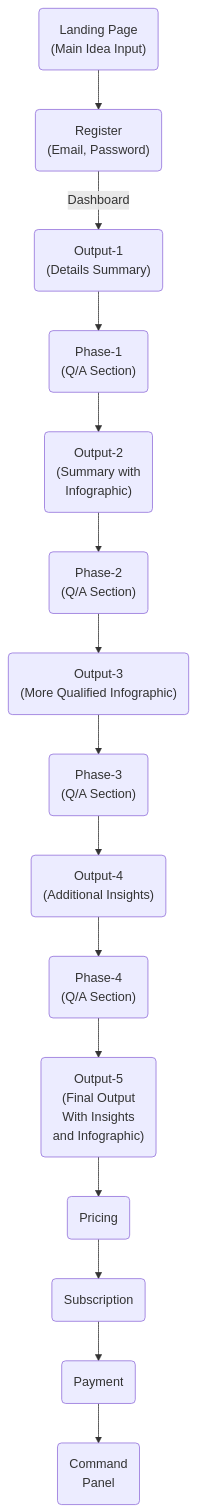
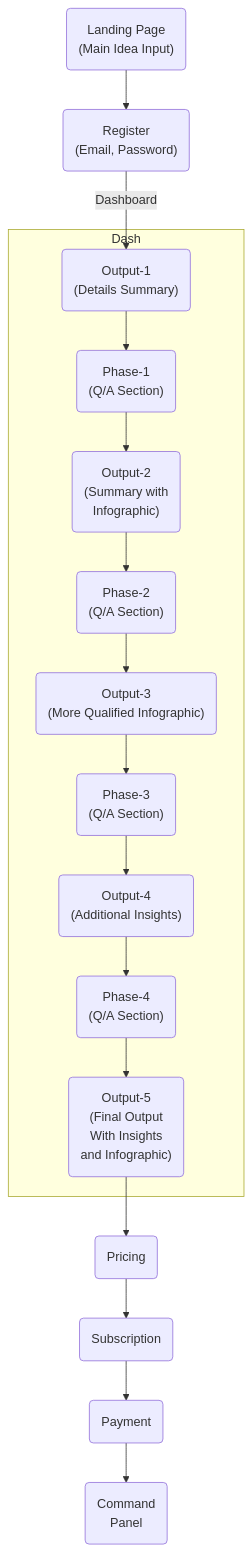
The diagram in docs/README.md (ZaeemTarrar/creait-v2), drawn with Mermaid before and after one commit. The commit also changed 7 other files, not shown here.

````diff
--- a/docs/README.md
+++ b/docs/README.md
@@ -5,48 +5,50 @@
 ```mermaid
 flowchart TD
     A("Landing Page
     (Main Idea Input)")
     B("Register
     (Email, Password)")
     C("Phase-1
     (Q/A Section)")
     D("Phase-2
     (Q/A Section)")
     E("Phase-3
     (Q/A Section)")
     F("Phase-4
     (Q/A Section)")
     G("Output-1
     (Details Summary)")
     H("Output-2
     (Summary with
     Infographic)")
     I("Output-3
     (More Qualified Infographic)")
     J("Output-4
     (Additional Insights)")
     K("Output-5
     (Final Output
     With Insights
     and Infographic)")
     L("Pricing")
     M("Subscription")
     N("Payment")
     O("Command
     Panel")
 
     A --> B
     B --" Dashboard "--> G
+    subgraph Dash
     G --> C
     C --> H
     H --> D
     D --> I
     I --> E
     E --> J
     J --> F
     F --> K
+    end
     K --> L
     L --> M
     M --> N
     N --> O
 ```
````
